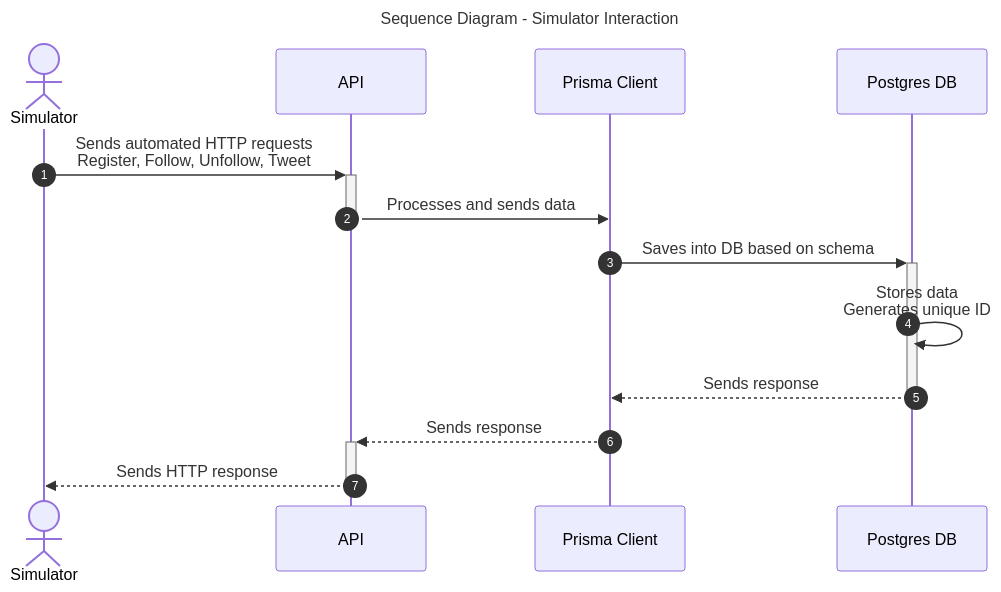
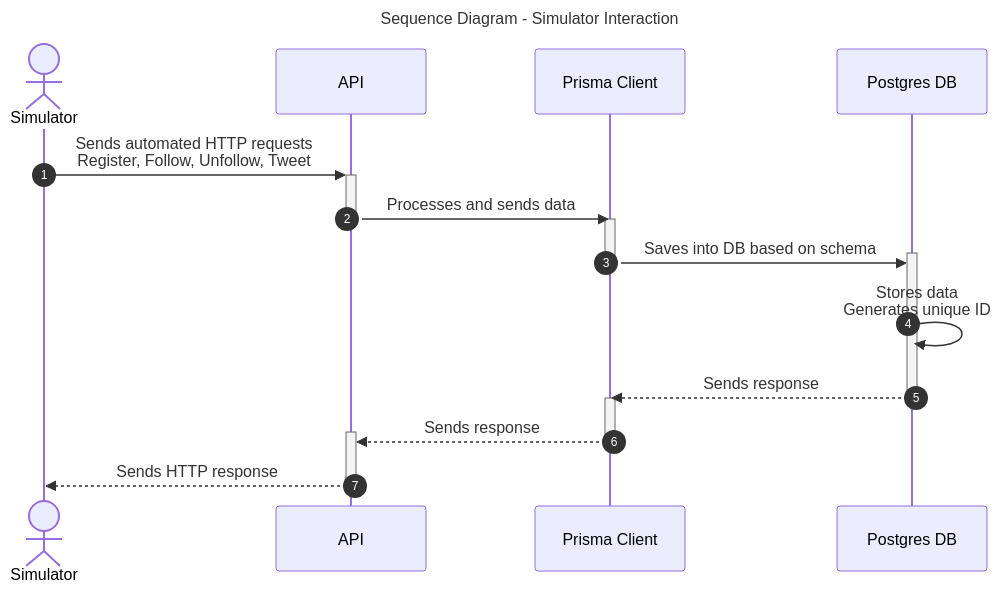
Before and after one commit to DevOps-2024-group-p/maxitwit: the third of 3 diagrams in report/report.md, drawn with Mermaid. The commit also changed other lines of this file, not shown here.

````diff
--- a/report/report.md
+++ b/report/report.md
@@ -108,18 +88,23 @@
 ```mermaid
 ---
 title: Sequence Diagram - Simulator Interaction
 ---
 sequenceDiagram
     autonumber
     actor Simulator
     participant API
     participant Prisma Client
     participant Postgres DB
     Simulator->>+API: Sends automated HTTP requests<br>Register, Follow, Unfollow, Tweet
     API->>-Prisma Client: Processes and sends data
+    activate Prisma Client
     Prisma Client->>+Postgres DB: Saves into DB based on schema 
+    deactivate Prisma Client
     Postgres DB->>Postgres DB: Stores data <br>Generates unique ID
     Postgres DB-->>-Prisma Client: Sends response
+    activate Prisma Client
     Prisma Client-->>+API: Sends response
+    deactivate Prisma Client
+
     API-->>-Simulator: Sends HTTP response 
 ```
````
